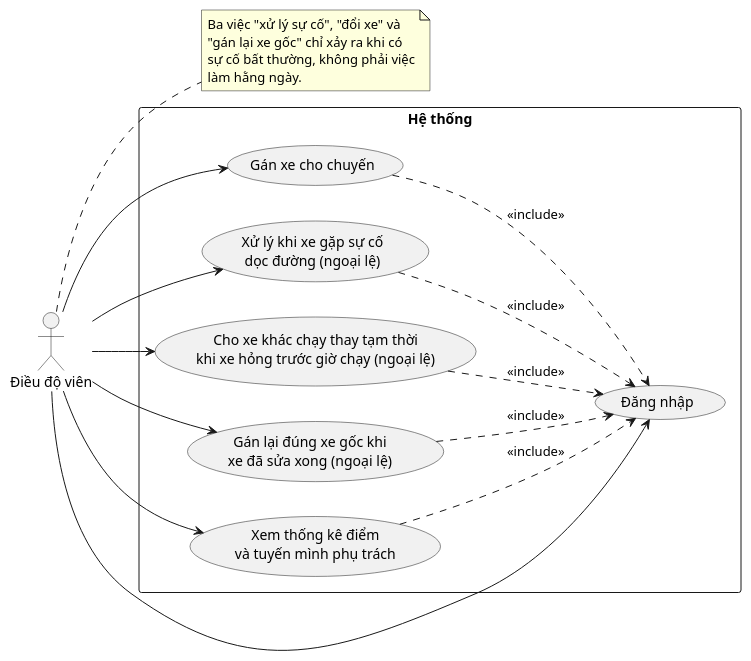
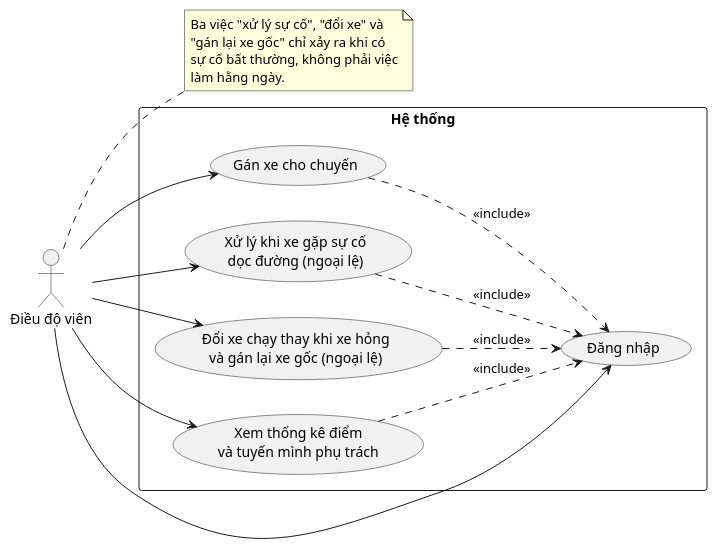
The fifth of 53 diagrams in UML_DIAGRAMS.md (nguyenvietanhit19/Project1_HeThongQuanLyNhaXeKhachLienTinh), drawn with PlantUML before and after one commit. The commit also changed other lines of this file and 316 other files, not shown here.

````diff
--- a/UML_DIAGRAMS.md
+++ b/UML_DIAGRAMS.md
@@ -167,34 +159,31 @@
 ```plantuml
 @startuml UseCase_DieuDoVien
 left to right direction
 actor "Điều độ viên" as DDV
 note right of DDV
   Ba việc "xử lý sự cố", "đổi xe" và
   "gán lại xe gốc" chỉ xảy ra khi có
   sự cố bất thường, không phải việc
   làm hằng ngày.
 end note
 
 rectangle "Hệ thống" {
   usecase "Gán xe cho chuyến" as UC44
   usecase "Đăng nhập" as UC02
   usecase "Xử lý khi xe gặp sự cố\ndọc đường (ngoại lệ)" as UC19
-  usecase "Cho xe khác chạy thay tạm thời\nkhi xe hỏng trước giờ chạy (ngoại lệ)" as UC20
-  usecase "Gán lại đúng xe gốc khi\nxe đã sửa xong (ngoại lệ)" as UC40
+  usecase "Đổi xe chạy thay khi xe hỏng\nvà gán lại xe gốc (ngoại lệ)" as UC20
   usecase "Xem thống kê điểm\nvà tuyến mình phụ trách" as UC39
 }
 
 DDV --> UC02
 DDV --> UC44
 DDV --> UC19
 DDV --> UC20
-DDV --> UC40
 DDV --> UC39
 
 UC44 ..> UC02 : <<include>>
 UC19 ..> UC02 : <<include>>
 UC20 ..> UC02 : <<include>>
-UC40 ..> UC02 : <<include>>
 UC39 ..> UC02 : <<include>>
 @enduml
 ```
````
